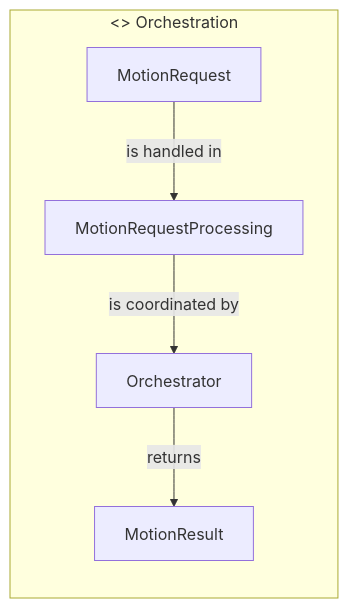
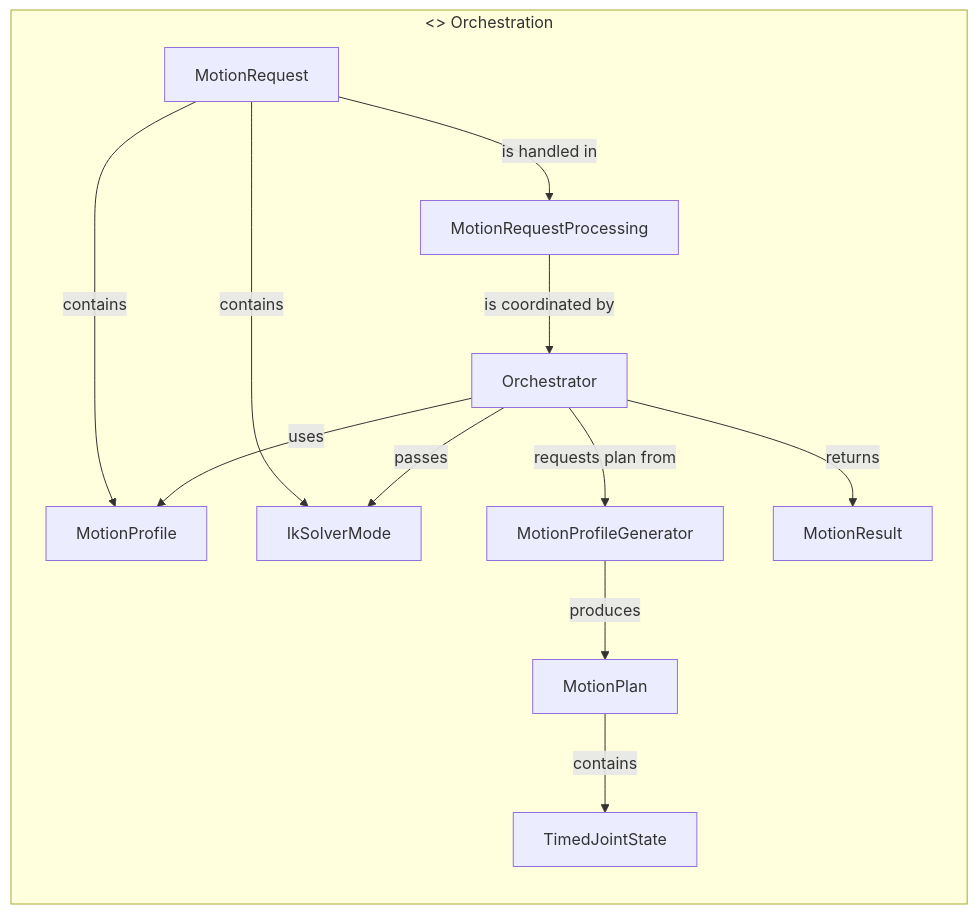
Before and after one commit to butz1999/inverse_kinematik: the third of 7 diagrams in doc/projektbeschreibung.md, drawn with Mermaid. The commit also changed other lines of this file and 20 other files, not shown here.

````diff
--- a/doc/projektbeschreibung.md
+++ b/doc/projektbeschreibung.md
@@ -484,13 +484,25 @@
 ```mermaid
 flowchart LR
     subgraph CTRL["<<component>> Orchestration"]
         B1[Orchestrator]
         B2[MotionRequest]
         B3[MotionResult]
         B4[MotionRequestProcessing]
+        B5[MotionProfile]
+        B6[MotionProfileGenerator]
+        B7[MotionPlan]
+        B8[TimedJointState]
+        B9[IkSolverMode]
 
         B2 -->|is handled in| B4
+        B2 -->|contains| B5
+        B2 -->|contains| B9
         B4 -->|is coordinated by| B1
+        B1 -->|uses| B5
+        B1 -->|passes| B9
+        B1 -->|requests plan from| B6
+        B6 -->|produces| B7
+        B7 -->|contains| B8
         B1 -->|returns| B3
     end
 ```
````
